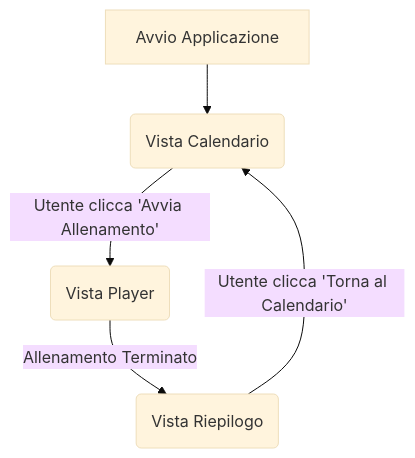
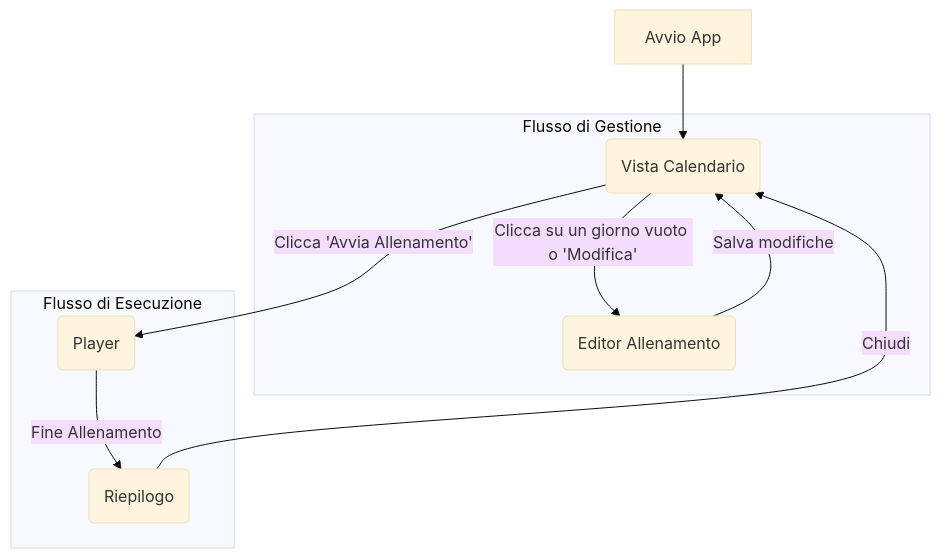
Before and after one commit to BastAldo/mtp.ap0.it: the diagram in docs/flowcharts/01_main_flow.md, drawn with Mermaid (base theme). The commit also changed other lines of this file and 2 other files, not shown here.

Commit message:
docs(flowchart): Completare il diagramma di flusso principale (Livello 1)

````diff
--- a/docs/flowcharts/01_main_flow.md
+++ b/docs/flowcharts/01_main_flow.md
@@ -5,7 +5,15 @@
 ```mermaid
 graph TD
-    A[Avvio Applicazione] --> B(Vista Calendario);
-    B --> |Utente clicca 'Avvia Allenamento'| C(Vista Player);
-    C --> |Allenamento Terminato| D(Vista Riepilogo);
-    D --> |Utente clicca 'Torna al Calendario'| B;
+    A[Avvio App] --> B(Vista Calendario);
+
+    subgraph Flusso di Gestione
+        B --> |Clicca su un giorno vuoto o 'Modifica'| C(Editor Allenamento);
+        C --> |Salva modifiche| B;
+    end
+
+    subgraph Flusso di Esecuzione
+        B --> |Clicca 'Avvia Allenamento'| D(Player);
+        D --> |Fine Allenamento| E(Riepilogo);
+        E --> |Chiudi| B;
+    end
 ```
````
